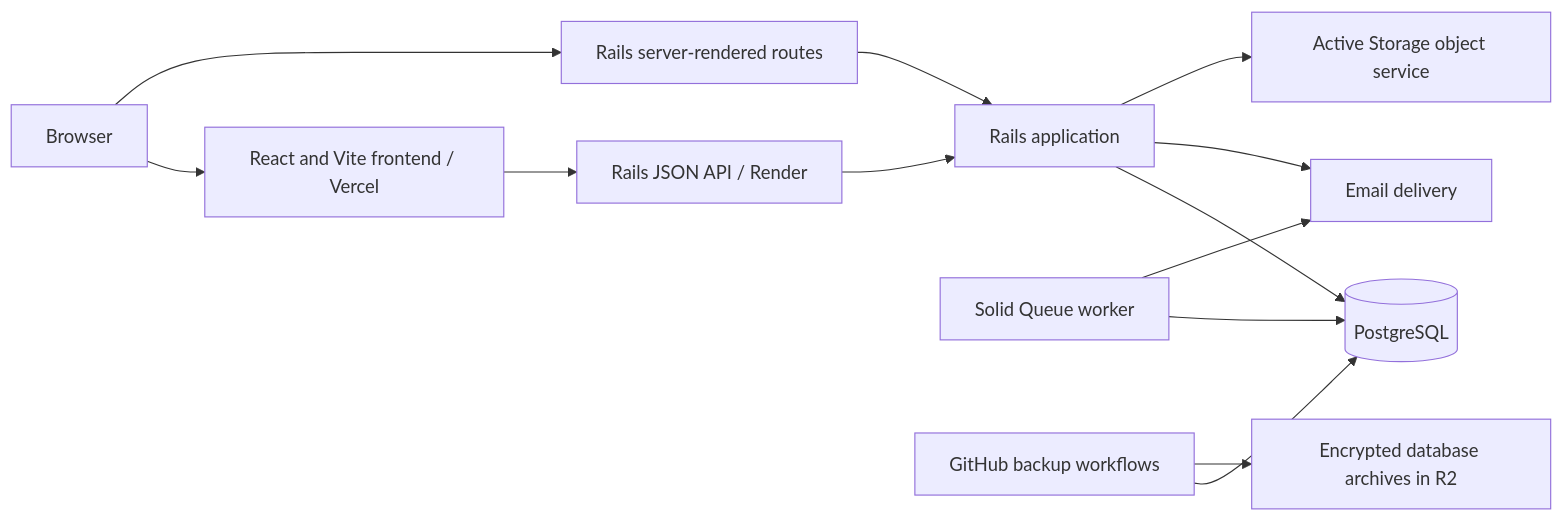
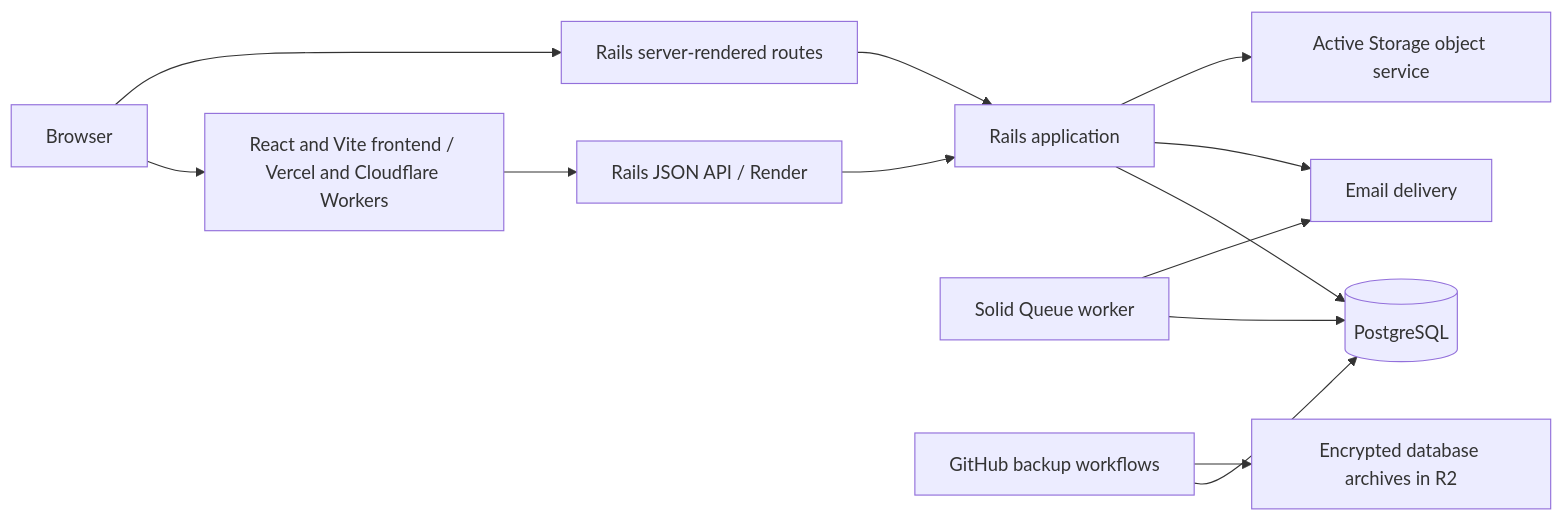
The diagram in docs/architecture/system_architecture.md (romalopes/beachvolleyballproject_api), drawn with Mermaid before and after one commit. The commit also changed other lines of this file and 6 other files, not shown here.

````diff
--- a/docs/architecture/system_architecture.md
+++ b/docs/architecture/system_architecture.md
@@ -7,15 +7,15 @@
 ```mermaid
 flowchart LR
-  Browser[Browser] --> SPA[React and Vite frontend / Vercel]
+  Browser[Browser] --> SPA[React and Vite frontend / Vercel and Cloudflare Workers]
   SPA --> API[Rails JSON API / Render]
   Browser --> Views[Rails server-rendered routes]
   Views --> Rails[Rails application]
   API --> Rails
   Rails --> PG[(PostgreSQL)]
   Jobs[Solid Queue worker] --> PG
   Jobs --> Mail[Email delivery]
   Rails --> Mail
   Rails --> Storage[Active Storage object service]
   Actions[GitHub backup workflows] --> PG
   Actions --> Backup[Encrypted database archives in R2]
 ```
````
